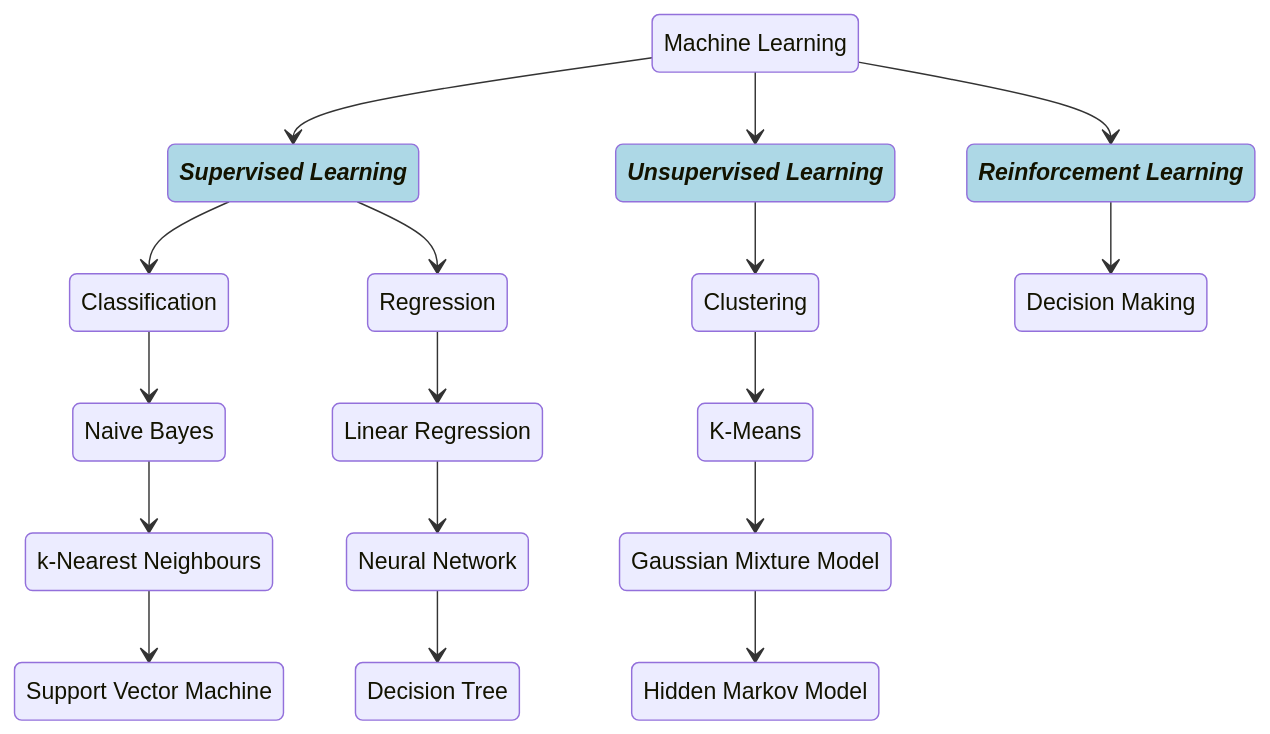
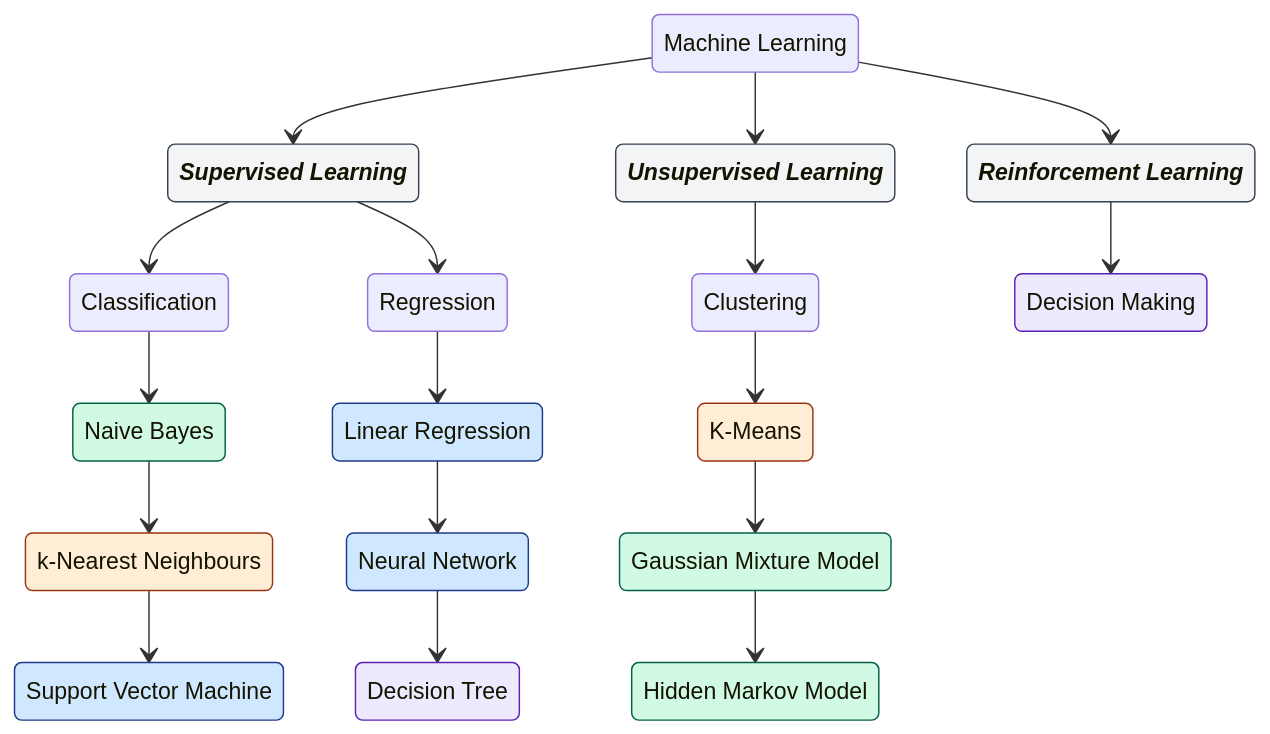
The diagram in content/docs/ai/ml.md (arshadhs/arshadhs.github.io), drawn with Mermaid before and after one commit. The commit also changed other lines of this file and 2 other files, not shown here.

```diff
--- a/content/docs/ai/ml.md
+++ b/content/docs/ai/ml.md
@@ -12,41 +12,58 @@
 {{< mermaid >}}
 stateDiagram-v2
-    classDef ahsState font-style:italic,font-weight:bold,fill:lightblue
 
+    %% ===== CLASS DEFINITIONS (Math-based colours) =====
+    classDef algebra fill:#cfe8ff,stroke:#1e3a8a,stroke-width:1px
+    classDef probability fill:#d1fae5,stroke:#065f46,stroke-width:1px
+    classDef geometry fill:#ffedd5,stroke:#9a3412,stroke-width:1px
+    classDef logic fill:#ede9fe,stroke:#5b21b6,stroke-width:1px
+    classDef category font-style:italic,font-weight:bold,fill:#f3f4f6,stroke:#374151
+
+    %% ===== ROOT =====
     ML: Machine Learning
 
-    ML --> SL:::ahsState
+    %% ===== SUPERVISED =====
+    ML --> SL:::category
     SL: Supervised Learning
 
     SL --> Classification
-    Classification --> NB
+    Classification --> NB:::probability
     NB: Naive Bayes
-    NB --> KNN
+
+    NB --> KNN:::geometry
     KNN: k-Nearest Neighbours
-    KNN --> SVM
+
+    KNN --> SVM:::algebra
     SVM: Support Vector Machine
 
     SL --> Regression
-    Regression --> LR
+    Regression --> LR:::algebra
     LR: Linear Regression
-    LR --> NN
+
+    LR --> NN:::algebra
     NN: Neural Network
-    NN --> DT
+
+    NN --> DT:::logic
     DT: Decision Tree
 
-    ML --> USL:::ahsState
+    %% ===== UNSUPERVISED =====
+    ML --> USL:::category
     USL: Unsupervised Learning
 
     USL --> Clustering
-    Clustering --> KM
+    Clustering --> KM:::geometry
     KM: K-Means
-    KM --> GMM
+
+    KM --> GMM:::probability
     GMM: Gaussian Mixture Model
-    GMM --> HMM
+
+    GMM --> HMM:::probability
     HMM: Hidden Markov Model
 
-    ML --> RL:::ahsState
+    %% ===== REINFORCEMENT =====
+    ML --> RL:::category
     RL: Reinforcement Learning
-    RL --> DM
+
+    RL --> DM:::logic
     DM: Decision Making
 {{< /mermaid >}}
```
